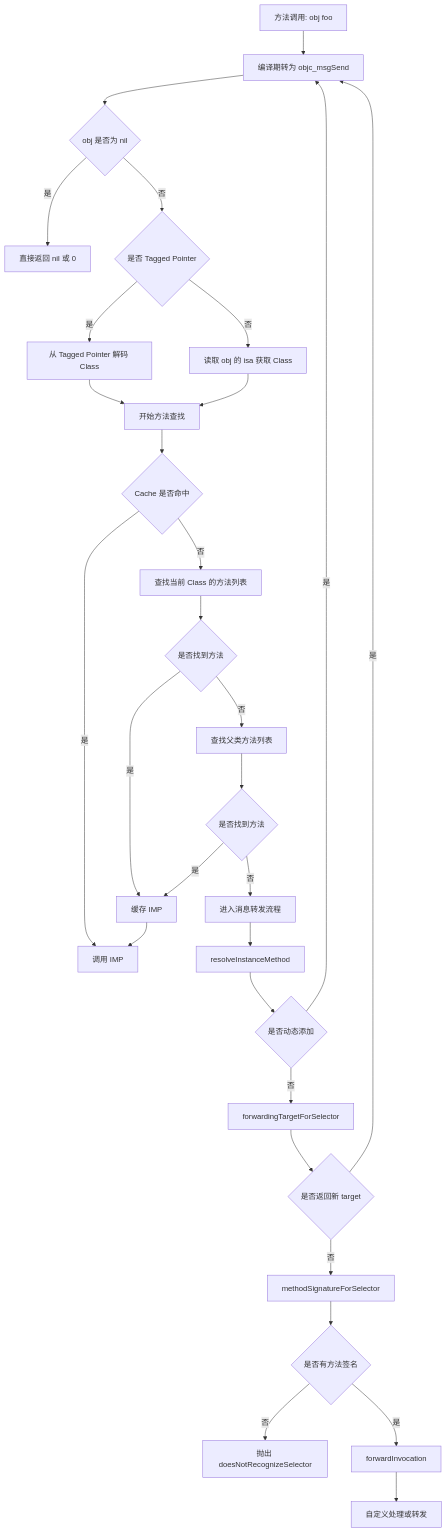
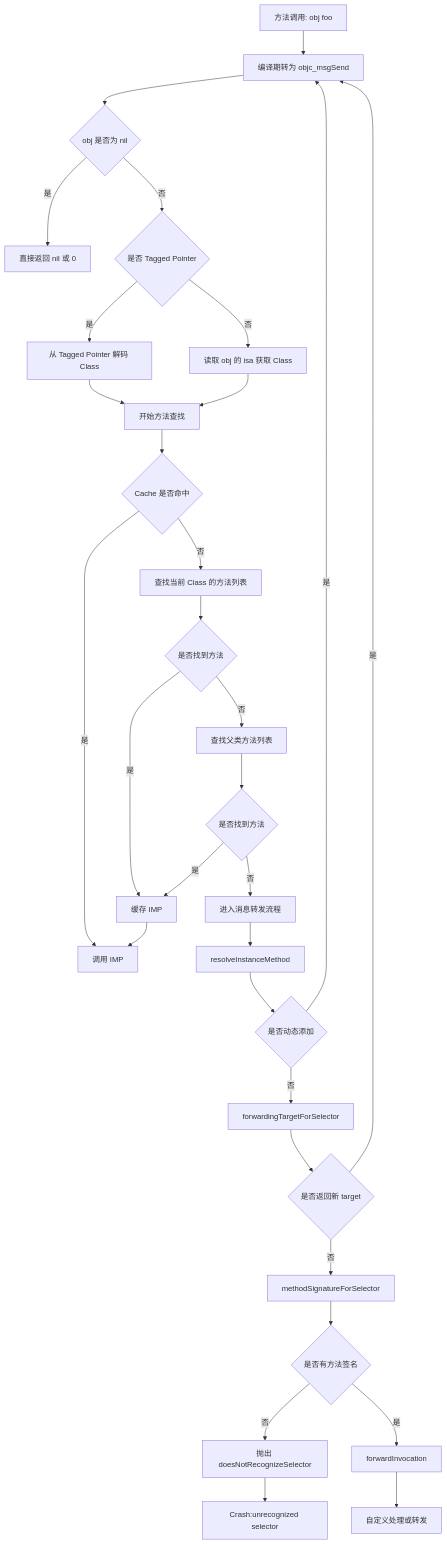
The diagram in tiddlers/objc_msgSend.md (zld/zld.github.io), drawn with Mermaid before and after one commit. The commit also changed other lines of this file and 6 other files, not shown here.

````diff
--- a/tiddlers/objc_msgSend.md
+++ b/tiddlers/objc_msgSend.md
@@ -1,42 +1,43 @@
 ```mermaid
 flowchart TD
     A[方法调用: obj foo] --> B[编译期转为 objc_msgSend]
 
     B --> C{obj 是否为 nil}
     C -- 是 --> Z[直接返回 nil 或 0]
     C -- 否 --> D{是否 Tagged Pointer}
 
     D -- 是 --> E[从 Tagged Pointer 解码 Class]
     D -- 否 --> F[读取 obj 的 isa 获取 Class]
 
     E --> G[开始方法查找]
     F --> G
 
     G --> H{Cache 是否命中}
     H -- 是 --> I[调用 IMP]
     H -- 否 --> J[查找当前 Class 的方法列表]
 
     J --> K{是否找到方法}
     K -- 是 --> L[缓存 IMP]
     L --> I
 
     K -- 否 --> M[查找父类方法列表]
     M --> N{是否找到方法}
     N -- 是 --> L
 
     N -- 否 --> O[进入消息转发流程]
 
     O --> P[resolveInstanceMethod]
     P --> Q{是否动态添加}
     Q -- 是 --> B
     Q -- 否 --> R[forwardingTargetForSelector]
 
     R --> S{是否返回新 target}
     S -- 是 --> B
     S -- 否 --> T[methodSignatureForSelector]
 
     T --> U{是否有方法签名}
     U -- 否 --> V[抛出 doesNotRecognizeSelector]
+    V --> Y[Crash:unrecognized selector]
     U -- 是 --> W[forwardInvocation]
     W --> X[自定义处理或转发]
 ```
````
